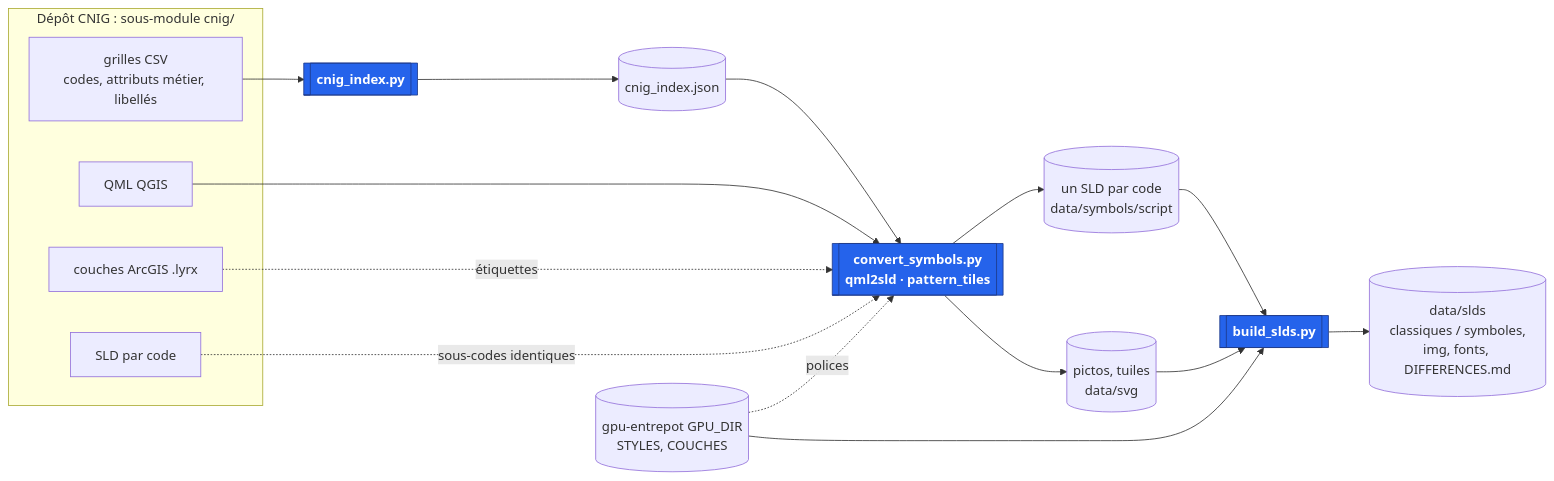
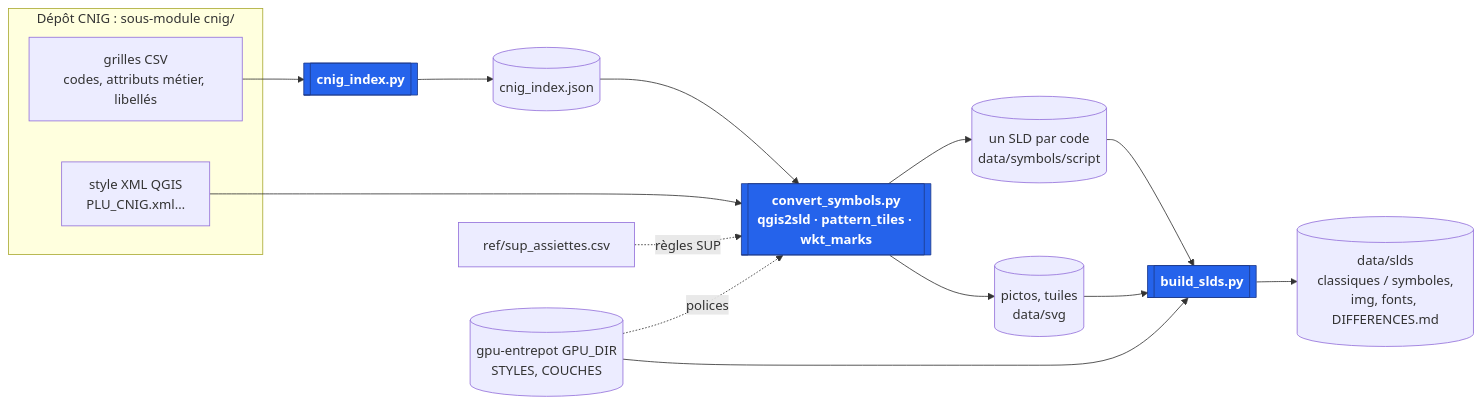
Before and after one commit to floriancerizay/sg5-to-gpu: the diagram in docs/chaine.md, drawn with Mermaid. The commit also changed other lines of this file and 78 other files, not shown here.

````diff
--- a/docs/chaine.md
+++ b/docs/chaine.md
@@ -5,26 +5,23 @@
 ```mermaid
 flowchart LR
   subgraph CNIG["Dépôt CNIG : sous-module cnig/"]
     G[grilles CSV<br>codes, attributs métier, libellés]
-    Q[QML QGIS]
-    L[couches ArcGIS .lyrx]
-    S[SLD par code]
+    X[style XML QGIS<br>PLU_CNIG.xml…]
   end
   PROD[(gpu-entrepot GPU_DIR<br>STYLES, COUCHES)]
 
   G --> I[[cnig_index.py]] --> IDX[(cnig_index.json)]
-  IDX --> C[[convert_symbols.py<br>qml2sld · pattern_tiles]]
-  Q --> C
-  L -. étiquettes .-> C
-  S -. sous-codes identiques .-> C
+  IDX --> C[[convert_symbols.py<br>qgis2sld · pattern_tiles · wkt_marks]]
+  X --> C
+  T[ref/sup_assiettes.csv] -. règles SUP .-> C
   PROD -. polices .-> C
   C --> SLD[(un SLD par code<br>data/symbols/script)]
   C --> SVG[(pictos, tuiles<br>data/svg)]
   SLD --> B[[build_slds.py]]
   SVG --> B
   PROD --> B
   B --> OUT[(data/slds<br>classiques / symboles,<br>img, fonts, DIFFERENCES.md)]
 
   classDef script fill:#2563eb,stroke:#1e3a8a,color:#fff,font-weight:bold
   class I,C,B script
 ```
````
